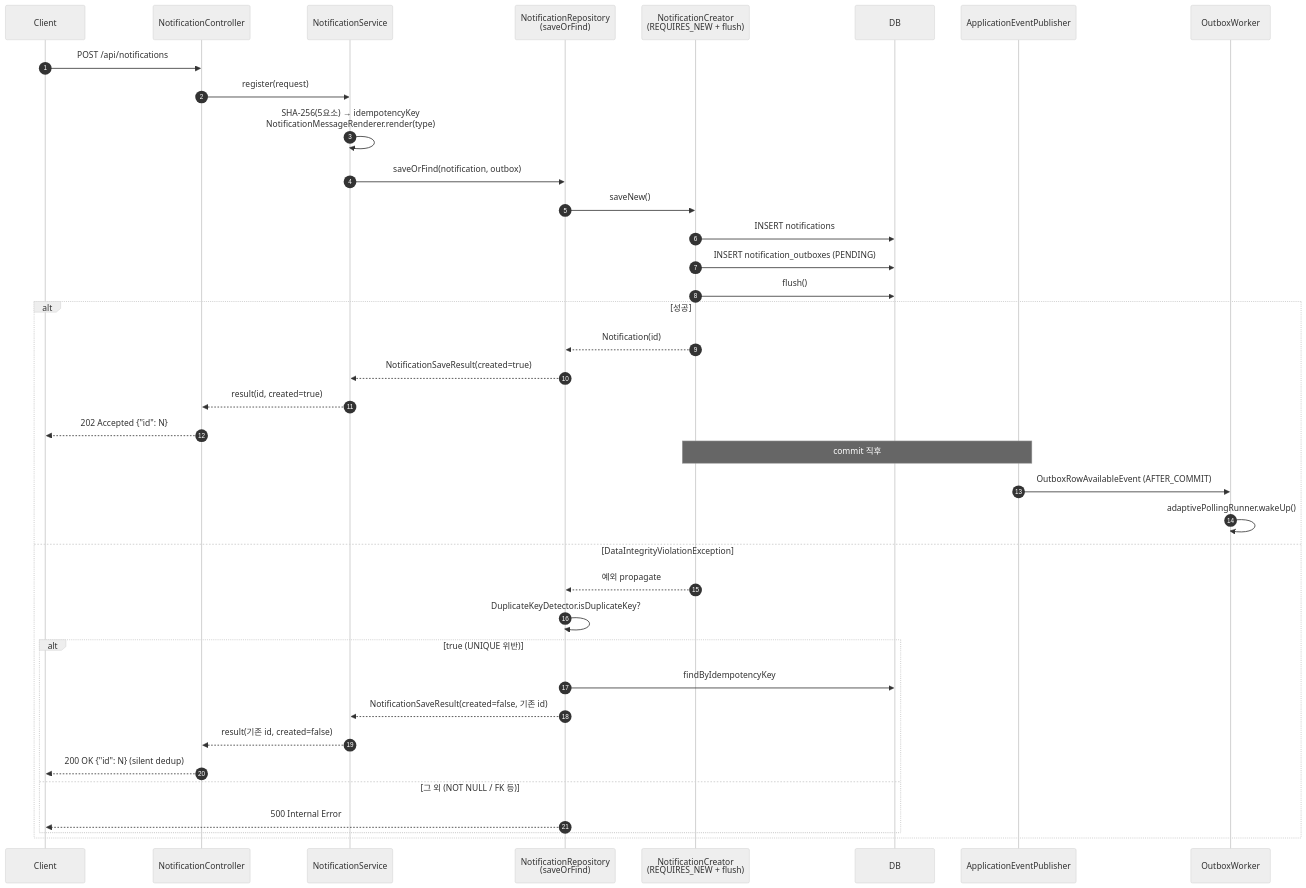
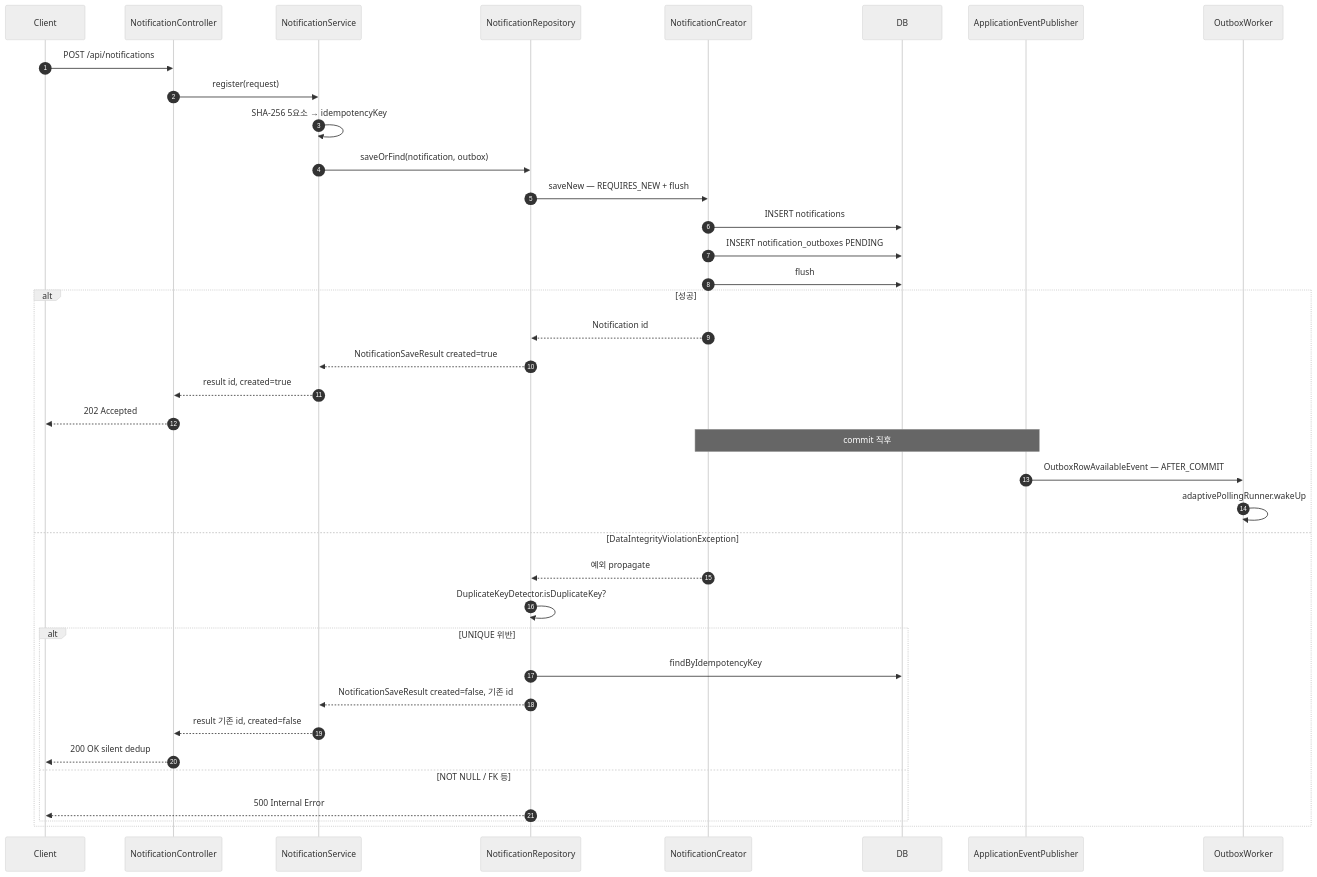
Before and after one commit to HyNS00/notification-service: the third of 4 diagrams in docs/architecture.md, drawn with Mermaid (neutral theme). The commit also changed other lines of this file and 1 other file, not shown here.

````diff
--- a/docs/architecture.md
+++ b/docs/architecture.md
@@ -174,41 +183,41 @@
 ```mermaid
 sequenceDiagram
     autonumber
     participant Client
     participant Ctrl as NotificationController
     participant Svc as NotificationService
-    participant Repo as NotificationRepository<br/>(saveOrFind)
-    participant Creator as NotificationCreator<br/>(REQUIRES_NEW + flush)
+    participant Repo as NotificationRepository
+    participant Creator as NotificationCreator
     participant DB
     participant Event as ApplicationEventPublisher
     participant Worker as OutboxWorker
 
     Client->>Ctrl: POST /api/notifications
     Ctrl->>Svc: register(request)
-    Svc->>Svc: SHA-256(5요소) → idempotencyKey<br/>NotificationMessageRenderer.render(type)
+    Svc->>Svc: SHA-256 5요소 → idempotencyKey
     Svc->>Repo: saveOrFind(notification, outbox)
-    Repo->>Creator: saveNew()
+    Repo->>Creator: saveNew — REQUIRES_NEW + flush
     Creator->>DB: INSERT notifications
-    Creator->>DB: INSERT notification_outboxes (PENDING)
-    Creator->>DB: flush()
+    Creator->>DB: INSERT notification_outboxes PENDING
+    Creator->>DB: flush
     alt 성공
-        Creator-->>Repo: Notification(id)
-        Repo-->>Svc: NotificationSaveResult(created=true)
-        Svc-->>Ctrl: result(id, created=true)
-        Ctrl-->>Client: 202 Accepted {"id": N}
+        Creator-->>Repo: Notification id
+        Repo-->>Svc: NotificationSaveResult created=true
+        Svc-->>Ctrl: result id, created=true
+        Ctrl-->>Client: 202 Accepted
         Note over Creator,Event: commit 직후
-        Event->>Worker: OutboxRowAvailableEvent (AFTER_COMMIT)
-        Worker->>Worker: adaptivePollingRunner.wakeUp()
+        Event->>Worker: OutboxRowAvailableEvent — AFTER_COMMIT
+        Worker->>Worker: adaptivePollingRunner.wakeUp
     else DataIntegrityViolationException
         Creator-->>Repo: 예외 propagate
         Repo->>Repo: DuplicateKeyDetector.isDuplicateKey?
-        alt true (UNIQUE 위반)
+        alt UNIQUE 위반
             Repo->>DB: findByIdempotencyKey
-            Repo-->>Svc: NotificationSaveResult(created=false, 기존 id)
-            Svc-->>Ctrl: result(기존 id, created=false)
-            Ctrl-->>Client: 200 OK {"id": N} (silent dedup)
-        else 그 외 (NOT NULL / FK 등)
+            Repo-->>Svc: NotificationSaveResult created=false, 기존 id
+            Svc-->>Ctrl: result 기존 id, created=false
+            Ctrl-->>Client: 200 OK silent dedup
+        else NOT NULL / FK 등
             Repo-->>Client: 500 Internal Error
         end
     end
 ```
````
